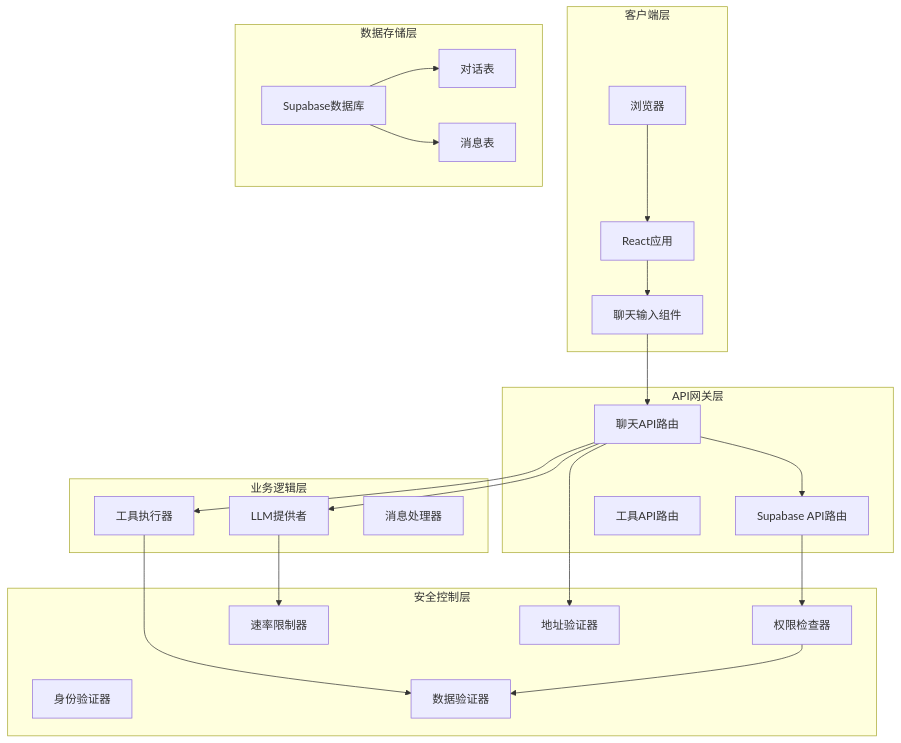
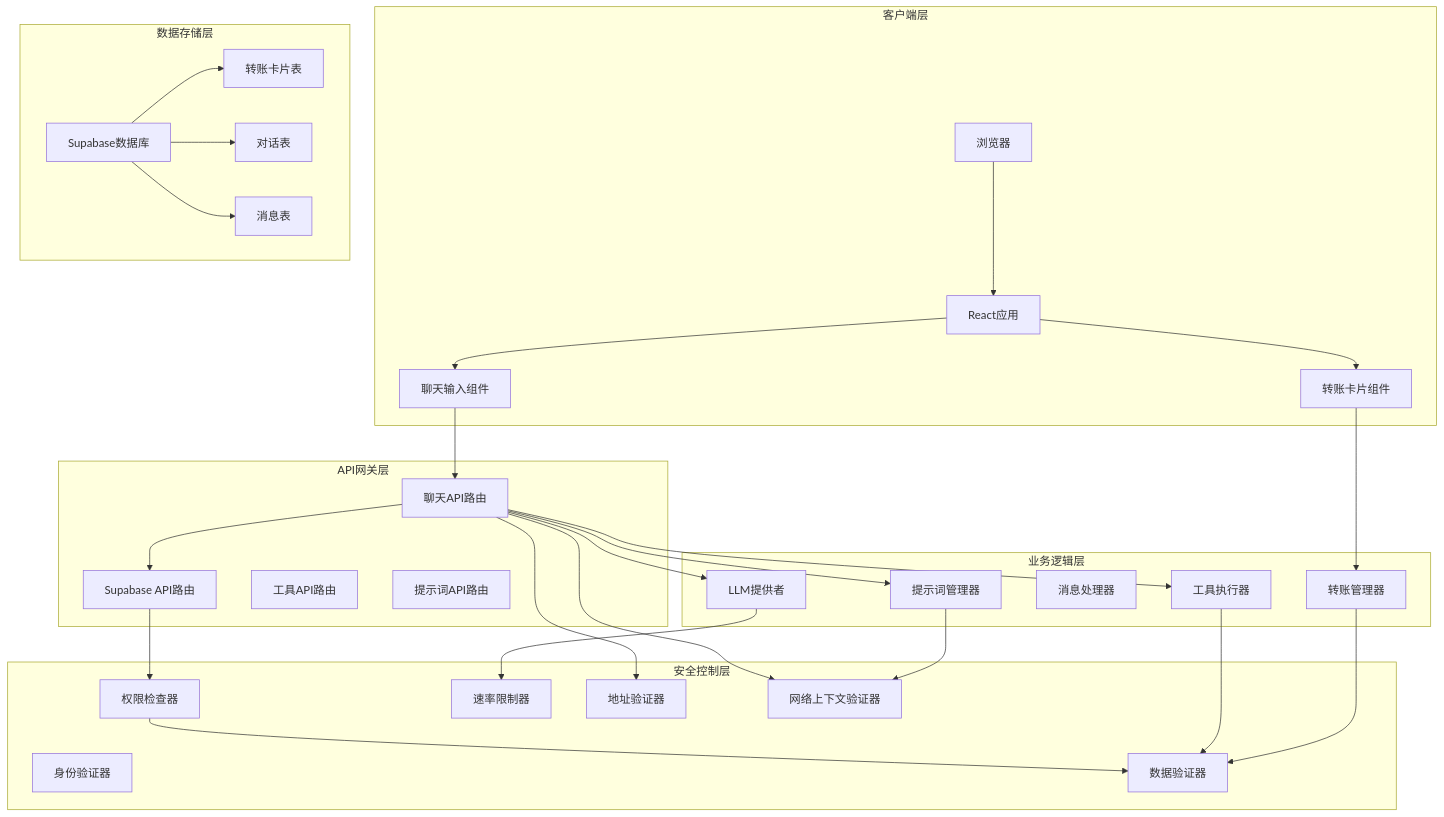
The fourth of 13 diagrams in .qoder/repowiki/zh/content/API参考文档/聊天API安全增强.md (CryptoLinxu/Web3-AI-Agent), drawn with Mermaid before and after one commit. The commit also changed other lines of this file and 9 other files, not shown here.

````diff
--- a/.qoder/repowiki/zh/content/API参考文档/聊天API安全增强.md
+++ b/.qoder/repowiki/zh/content/API参考文档/聊天API安全增强.md
@@ -112,43 +170,56 @@
 ```mermaid
 graph TB
 subgraph "客户端层"
 Browser[浏览器]
 ReactApp[React应用]
 ChatInput[聊天输入组件]
+TransferCard[转账卡片组件]
 end
 subgraph "API网关层"
 ChatAPI[聊天API路由]
 SupabaseAPI[Supabase API路由]
 ToolsAPI[工具API路由]
+PromptAPI[提示词API路由]
 end
 subgraph "业务逻辑层"
 LLMProvider[LLM提供者]
 ToolExecutor[工具执行器]
 MessageProcessor[消息处理器]
+TransferManager[转账管理器]
+PromptManager[提示词管理器]
 end
 subgraph "数据存储层"
 SupabaseDB[Supabase数据库]
-ConversationTable[对话表]
-MessagesTable[消息表]
+TransferCards[转账卡片表]
+Conversations[对话表]
+Messages[消息表]
 end
 subgraph "安全控制层"
 AuthValidator[身份验证器]
 PermissionChecker[权限检查器]
 DataValidator[数据验证器]
 RateLimiter[速率限制器]
 AddressValidator[地址验证器]
+NetworkContextValidator[网络上下文验证器]
 end
 Browser --> ReactApp
 ReactApp --> ChatInput
+ReactApp --> TransferCard
 ChatInput --> ChatAPI
+TransferCard --> TransferManager
 ChatAPI --> AddressValidator
+ChatAPI --> NetworkContextValidator
 ChatAPI --> LLMProvider
 ChatAPI --> ToolExecutor
+ChatAPI --> PromptManager
 ChatAPI --> SupabaseAPI
 SupabaseAPI --> PermissionChecker
 PermissionChecker --> DataValidator
 ToolExecutor --> DataValidator
+TransferManager --> DataValidator
+PromptManager --> NetworkContextValidator
 LLMProvider --> RateLimiter
-SupabaseDB --> ConversationTable
-SupabaseDB --> MessagesTable
+SupabaseDB --> TransferCards
+SupabaseDB --> Conversations
+SupabaseDB --> Messages
 ```
````
